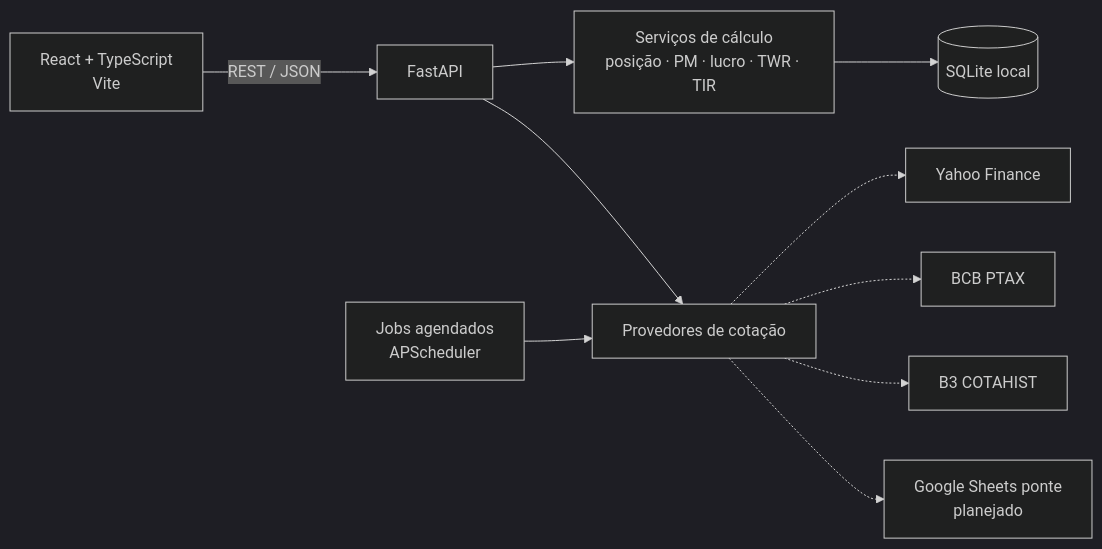
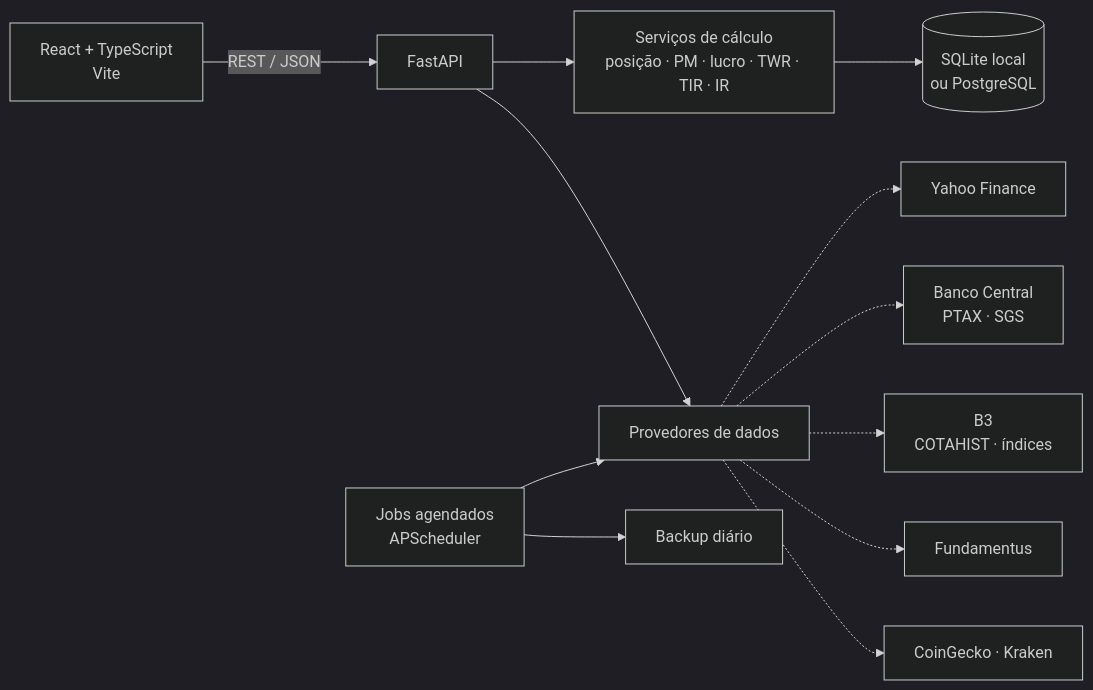
Before and after one commit to Cristianosm91/Controle_Investimentos: the diagram in README.md, drawn with Mermaid (dark theme). The commit also changed other lines of this file and 1 other file, not shown here.

````diff
--- a/README.md
+++ b/README.md
@@ -88,12 +230,14 @@
 ```mermaid
 flowchart LR
     UI[React + TypeScript<br/>Vite] -->|REST / JSON| API[FastAPI]
-    API --> SVC[Serviços de cálculo<br/>posição · PM · lucro · TWR · TIR]
-    SVC --> DB[(SQLite local)]
-    API --> PROV[Provedores de cotação]
+    API --> SVC[Serviços de cálculo<br/>posição · PM · lucro · TWR · TIR · IR]
+    SVC --> DB[(SQLite local<br/>ou PostgreSQL)]
+    API --> PROV[Provedores de dados]
     JOB[Jobs agendados<br/>APScheduler] --> PROV
+    JOB --> BKP[Backup diário]
     PROV -.-> YF[Yahoo Finance]
-    PROV -.-> BCB[BCB PTAX]
-    PROV -.-> B3[B3 COTAHIST]
-    PROV -.-> GS[Google Sheets ponte<br/>planejado]
+    PROV -.-> BCB[Banco Central<br/>PTAX · SGS]
+    PROV -.-> B3[B3<br/>COTAHIST · índices]
+    PROV -.-> FUN[Fundamentus]
+    PROV -.-> CG[CoinGecko · Kraken]
 ```
````
